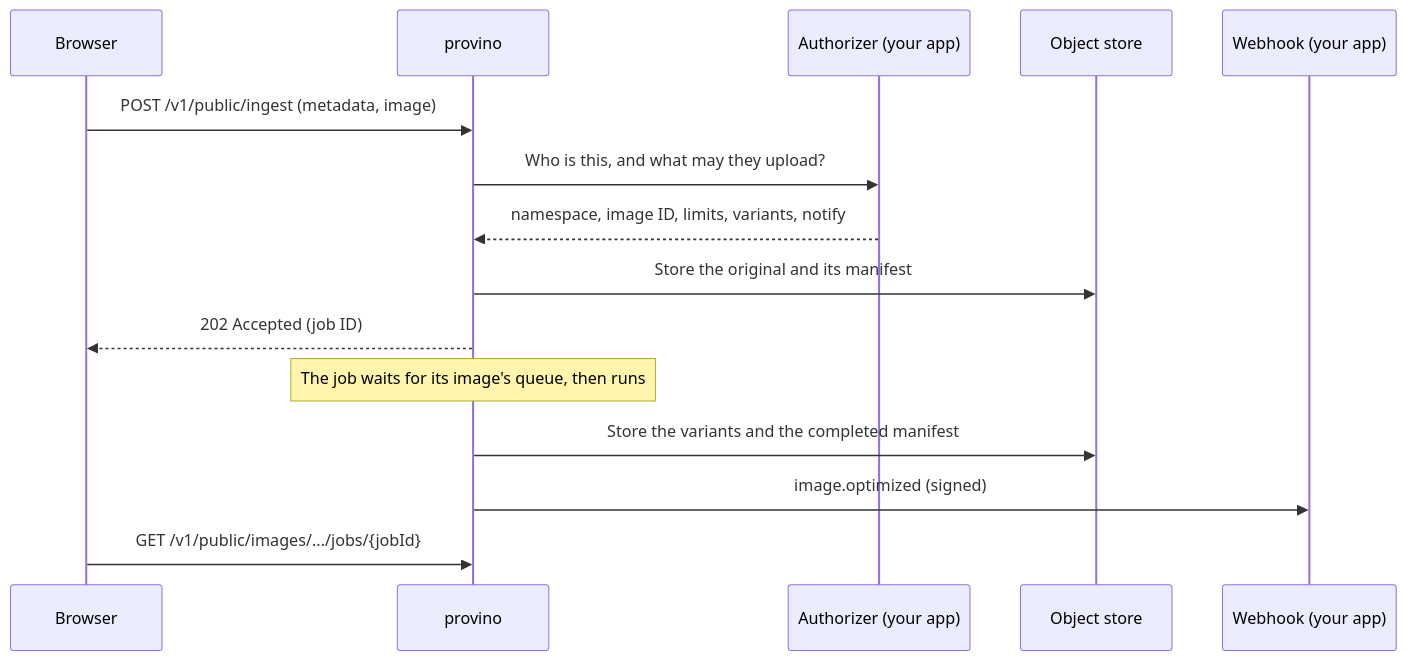
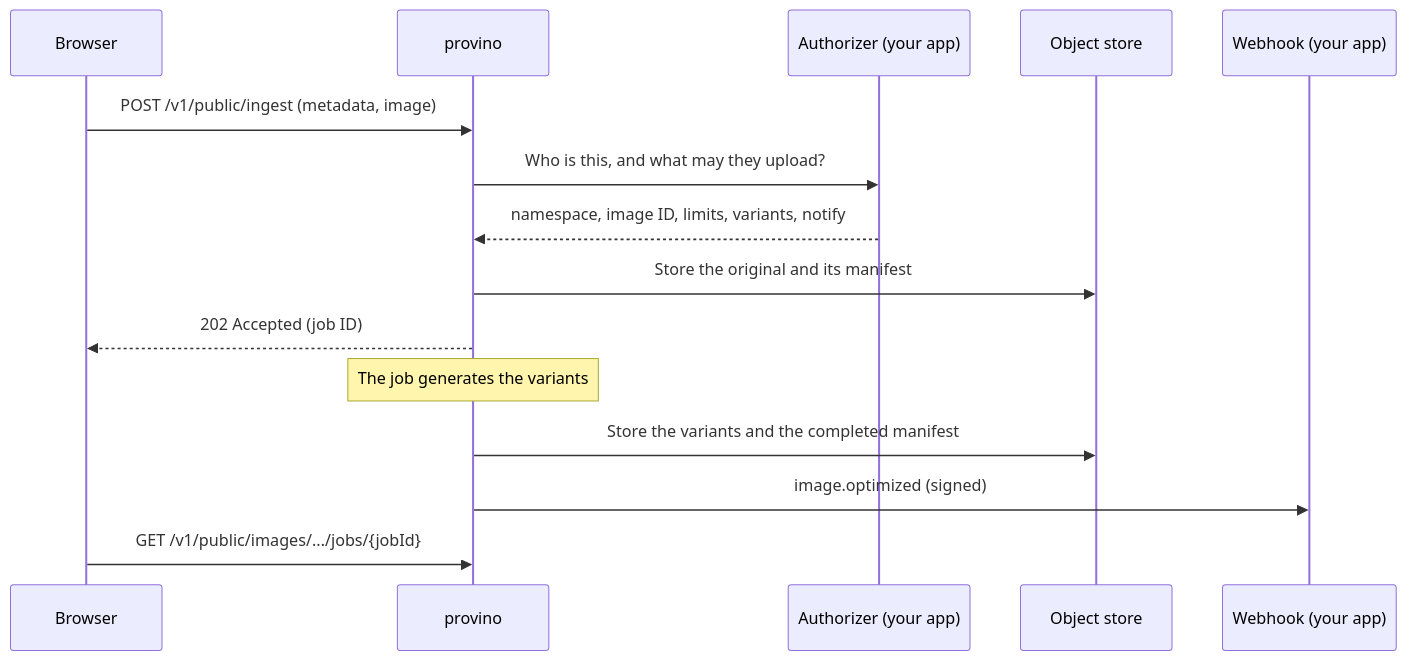
Before and after one commit to ItalyPaleAle/provino: the diagram in README.md, drawn with Mermaid. The commit also changed other lines of this file and 37 other files, not shown here.

````diff
--- a/README.md
+++ b/README.md
@@ -19,18 +19,18 @@
 ```mermaid
 sequenceDiagram
     participant B as Browser
     participant P as provino
     participant A as Authorizer (your app)
     participant S as Object store
     participant W as Webhook (your app)
 
     B->>P: POST /v1/public/ingest (metadata, image)
     P->>A: Who is this, and what may they upload?
     A-->>P: namespace, image ID, limits, variants, notify
     P->>S: Store the original and its manifest
     P-->>B: 202 Accepted (job ID)
-    Note over P: The job waits for its image's queue, then runs
+    Note over P: The job generates the variants
     P->>S: Store the variants and the completed manifest
     P->>W: image.optimized (signed)
     B->>P: GET /v1/public/images/.../jobs/{jobId}
 ```
````
